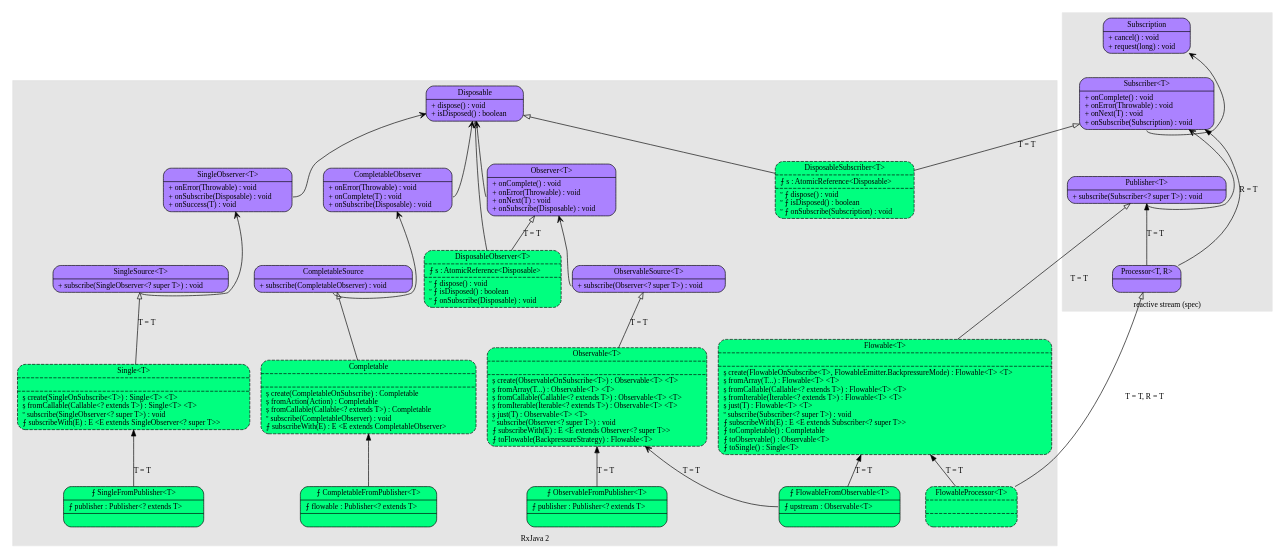
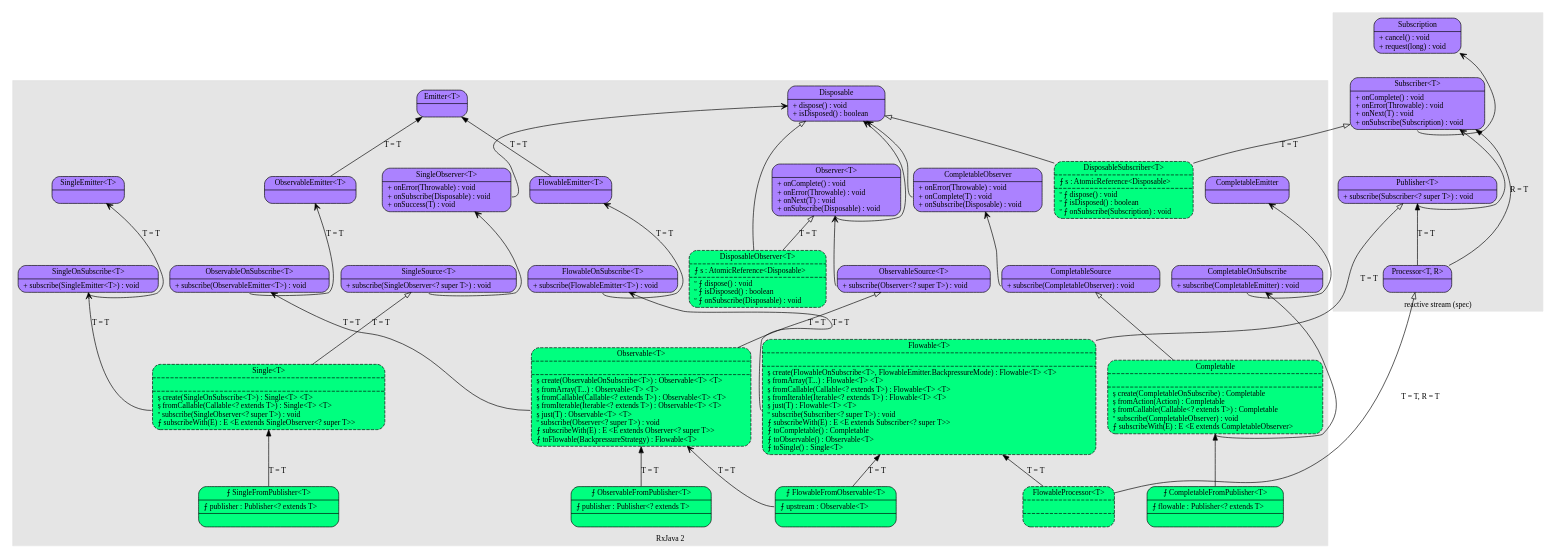
The diagram in reactive/rxjava2.dot (chris0103/spider-net), drawn with Graphviz before and after one commit.

Commit message:
Added more classes & interfaces

```diff
--- a/reactive/rxjava2.dot
+++ b/reactive/rxjava2.dot
@@ -1,97 +1,118 @@
 digraph reactive {
 	rankdir = BT;
     fontname = "Verdana";
     fontsize = 12;
     node [fontname = "Verdana", fontsize = 12, shape = "record"];
     edge [fontname = "Verdana", fontsize = 12];
     
 	subgraph cluster25 {
 		label = "reactive stream (spec)";
 		style = filled;
 		color = grey90;
 		Processor [label = "{<f0>Processor&lt;T, R&gt;|}", style = "rounded, filled", fillcolor = "mediumpurple1"];
 		Publisher [label = "{<f0>Publisher&lt;T&gt;|<f2>+ subscribe(Subscriber&lt;? super T&gt;) : void\l}", style = "rounded, filled", fillcolor = "mediumpurple1"];
 		Subscriber [label = "{<f0>Subscriber&lt;T&gt;|<f2>+ onComplete() : void\l+ onError(Throwable) : void\l+ onNext(T) : void\l+ onSubscribe(Subscription) : void\l}", style = "rounded, filled", fillcolor = "mediumpurple1"];
 		Subscription [label = "{<f0>Subscription|<f2>+ cancel() : void\l+ request(long) : void\l}", style = "rounded, filled", fillcolor = "mediumpurple1"];
 	}
 	
 	subgraph cluster75 {
 		label = "RxJava 2";
 		style = filled;
 		color = grey90;
 		Completable [label = "{<f0>Completable|<f1>|<f2>&#537; create(CompletableOnSubscribe) : Completable\l&#537; fromAction(Action) : Completable\l&#537; fromCallable(Callable&lt;? extends T&gt;) : Completable\l&#186; subscribe(CompletableObserver) : void\l&#10765; subscribeWith(E) : E &lt;E extends CompletableObserver&gt;\l}", style = "rounded, filled, dashed", fillcolor = "springgreen"];
+		CompletableEmitter [label = "{<f0>CompletableEmitter|<f2>}", style = "rounded, filled", fillcolor = "mediumpurple1"];
 		CompletableFromPublisher [label = "{<f0>&#10765; CompletableFromPublisher&lt;T&gt;|<f1>&#10765; flowable : Publisher&lt;? extends T&gt;\l|<f2>}", style = "rounded, filled", fillcolor = "springgreen"];
 		CompletableObserver [label = "{<f0>CompletableObserver|<f2>+ onError(Throwable) : void\l+ onComplete(T) : void\l+ onSubscribe(Disposable) : void\l}", style = "rounded, filled", fillcolor = "mediumpurple1"];
+		CompletableOnSubscribe [label = "{<f0>CompletableOnSubscribe|<f2>+ subscribe(CompletableEmitter) : void\l}", style = "rounded, filled", fillcolor = "mediumpurple1"];
 		CompletableSource [label = "{<f0>CompletableSource|<f2>+ subscribe(CompletableObserver) : void\l}", style = "rounded, filled", fillcolor = "mediumpurple1"];
 		Disposable [label = "{<f0>Disposable|<f2>+ dispose() : void\l+ isDisposed() : boolean\l}", style = "rounded, filled", fillcolor = "mediumpurple1"];
 		DisposableObserver [label = "{<f0>DisposableObserver&lt;T&gt;|<f1>&#10765; s : AtomicReference&lt;Disposable&gt;\l|<f2>&#186; &#10765; dispose() : void\l&#186; &#10765; isDisposed() : boolean\l&#186; &#10765; onSubscribe(Disposable) : void\l}", style = "rounded, filled, dashed", fillcolor = "springgreen"];
 		DisposableSubscriber [label = "{<f0>DisposableSubscriber&lt;T&gt;|<f1>&#10765; s : AtomicReference&lt;Disposable&gt;\l|<f2>&#186; &#10765; dispose() : void\l&#186; &#10765; isDisposed() : boolean\l&#186; &#10765; onSubscribe(Subscription) : void\l}", style = "rounded, filled, dashed", fillcolor = "springgreen"];
+		Emitter [label = "{<f0>Emitter&lt;T&gt;|<f2>}", style = "rounded, filled", fillcolor = "mediumpurple1"];
 		Flowable [label = "{<f0>Flowable&lt;T&gt;|<f1>|<f2>&#537; create(FlowableOnSubscribe&lt;T&gt;, FlowableEmitter.BackpressureMode) : Flowable&lt;T&gt; &lt;T&gt;\l&#537; fromArray(T...) : Flowable&lt;T&gt; &lt;T&gt;\l&#537; fromCallable(Callable&lt;? extends T&gt;) : Flowable&lt;T&gt; &lt;T&gt;\l&#537; fromIterable(Iterable&lt;? extends T&gt;) : Flowable&lt;T&gt; &lt;T&gt;\l&#537; just(T) : Flowable&lt;T&gt; &lt;T&gt;\l&#186; subscribe(Subscriber&lt;? super T&gt;) : void\l&#10765; subscribeWith(E) : E &lt;E extends Subscriber&lt;? super T&gt;&gt;\l&#10765; toCompletable() : Completable\l&#10765; toObservable() : Observable&lt;T&gt;\l&#10765; toSingle() : Single&lt;T&gt;\l}", style = "rounded, filled, dashed", fillcolor = "springgreen"];
+		FlowableEmitter [label = "{<f0>FlowableEmitter&lt;T&gt;|<f2>}", style = "rounded, filled", fillcolor = "mediumpurple1"];
 		FlowableFromObservables [label = "{<f0>&#10765; FlowableFromObservable&lt;T&gt;|<f1>&#10765; upstream : Observable&lt;T&gt;\l|<f2>}", style = "rounded, filled", fillcolor = "springgreen"];
+		FlowableOnSubscribe [label = "{<f0>FlowableOnSubscribe&lt;T&gt;|<f2>+ subscribe(FlowableEmitter&lt;T&gt;) : void\l}", style = "rounded, filled", fillcolor = "mediumpurple1"];
 		FlowableProcessor [label = "{<f0>FlowableProcessor&lt;T&gt;|<f1>|<f2>}", style = "rounded, filled, dashed", fillcolor = "springgreen"];
 		Observable [label = "{<f0>Observable&lt;T&gt;|<f1>|<f2>&#537; create(ObservableOnSubscribe&lt;T&gt;) : Observable&lt;T&gt; &lt;T&gt;\l&#537; fromArray(T...) : Observable&lt;T&gt; &lt;T&gt;\l&#537; fromCallable(Callable&lt;? extends T&gt;) : Observable&lt;T&gt; &lt;T&gt;\l&#537; fromIterable(Iterable&lt;? extends T&gt;) : Observable&lt;T&gt; &lt;T&gt;\l&#537; just(T) : Observable&lt;T&gt; &lt;T&gt;\l&#186; subscribe(Observer&lt;? super T&gt;) : void\l&#10765; subscribeWith(E) : E &lt;E extends Observer&lt;? super T&gt;&gt;\l&#10765; toFlowable(BackpressureStrategy) : Flowable&lt;T&gt;\l}", style = "rounded, filled, dashed", fillcolor = "springgreen"];
+		ObservableEmitter [label = "{<f0>ObservableEmitter&lt;T&gt;|<f2>}", style = "rounded, filled", fillcolor = "mediumpurple1"];
 		ObservableFromPublisher [label = "{<f0>&#10765; ObservableFromPublisher&lt;T&gt;|<f1>&#10765; publisher : Publisher&lt;? extends T&gt;\l|<f2>}", style = "rounded, filled", fillcolor = "springgreen"];
+		ObservableOnSubscribe [label = "{<f0>ObservableOnSubscribe&lt;T&gt;|<f2>+ subscribe(ObservableEmitter&lt;T&gt;) : void\l}", style = "rounded, filled", fillcolor = "mediumpurple1"];
 		ObservableSource [label = "{<f0>ObservableSource&lt;T&gt;|<f2>+ subscribe(Observer&lt;? super T&gt;) : void\l}", style = "rounded, filled", fillcolor = "mediumpurple1"];
 		Observer [label = "{<f0>Observer&lt;T&gt;|<f2>+ onComplete() : void\l+ onError(Throwable) : void\l+ onNext(T) : void\l+ onSubscribe(Disposable) : void\l}", style = "rounded, filled", fillcolor = "mediumpurple1"];
 		Single [label = "{<f0>Single&lt;T&gt;|<f1>|<f2>&#537; create(SingleOnSubscribe&lt;T&gt;) : Single&lt;T&gt; &lt;T&gt;\l&#537; fromCallable(Callable&lt;? extends T&gt;) : Single&lt;T&gt; &lt;T&gt;\l&#186; subscribe(SingleObserver&lt;? super T&gt;) : void\l&#10765; subscribeWith(E) : E &lt;E extends SingleObserver&lt;? super T&gt;&gt;\l}", style = "rounded, filled, dashed", fillcolor = "springgreen"];
+		SingleEmitter [label = "{<f0>SingleEmitter&lt;T&gt;|<f2>}", style = "rounded, filled", fillcolor = "mediumpurple1"];
 		SingleFromPublisher [label = "{<f0>&#10765; SingleFromPublisher&lt;T&gt;|<f1>&#10765; publisher : Publisher&lt;? extends T&gt;\l|<f2>}", style = "rounded, filled", fillcolor = "springgreen"];
 		SingleObserver [label = "{<f0>SingleObserver&lt;T&gt;|<f2>+ onError(Throwable) : void\l+ onSubscribe(Disposable) : void\l+ onSuccess(T) : void\l}", style = "rounded, filled", fillcolor = "mediumpurple1"];
+		SingleOnSubscribe [label = "{<f0>SingleOnSubscribe&lt;T&gt;|<f2>+ subscribe(SingleEmitter&lt;T&gt;) : void\l}", style = "rounded, filled", fillcolor = "mediumpurple1"];
 		SingleSource [label = "{<f0>SingleSource&lt;T&gt;|<f2>+ subscribe(SingleObserver&lt;? super T&gt;) : void\l}", style = "rounded, filled", fillcolor = "mediumpurple1"];
 	}
 	
 	/*
 	subgraph cluster00 {
 		label = "";
 		style = filled;
 		color = grey90;
 	}
 	
 	// item_name [label = "item_lable", style = "filled", fillcolor = "palegreen"];
 	// record_name [shape = "record", label = "{{<f0>interface|{<f10>(other implementers)}}|(other methods)}"];
 	// interface_minor [shape = "plaintext", label = "Interface_minor"];
 	// interface [label = "{<f0>Interface|<f2>+ method() : return_type\l}", style = "rounded, filled", fillcolor = "mediumpurple1"];
 	// abstract_class [label = "{<f0>Abstract_Class|<f1>+ field1 : type\l+ field2 : type\l|<f2>&#170; abstract_method() : return_type\l&#537; static_method() : return_type\l+ method() : return_type\l}", style = "rounded, filled, dashed", fillcolor = "springgreen"];
 	// class [label = "{<f0>Class|<f1>+ field1 : type\l+ field2 : type\l&#10765; final_field : type\l&#537; static_field : type\l|<f2>+ method() : return_type\l&#537; static_method() : return_type\l&#186; overriden_method() : return_type\l}", style = "rounded, filled", fillcolor = "springgreen"];
 	*/
 	
 	// Implementation -> Interface [arrowhead = "empty"];
 	// Subclass -> Class;	
 	// Referer -> Referee [arrowhead = "vee"];
 	// Implementation -> InterfaceMinor [arrowhead = "odot"];	
 	
 	Processor -> Publisher [label = "T = T"];
 	Processor -> Subscriber [label = "R = T"];
 	Publisher:f2 -> Subscriber [arrowhead = "vee"];
 	Subscriber:f2 -> Subscription [arrowhead = "vee"];
 	
 	Flowable -> Publisher [arrowhead = "empty", label = "T = T"];
 	FlowableProcessor -> Flowable [label = "T = T"];
 	FlowableProcessor -> Processor [arrowhead = "empty", label = "T = T, R = T"];
 	
 	FlowableFromObservables -> Flowable [label = "T = T"];
 	FlowableFromObservables:f1 -> Observable [arrowhead = "vee", label = "T = T"];
 	
 	// observable
 	ObservableSource:f2 -> Observer [arrowhead = "vee"];
 	Observer:f2 -> Disposable [arrowhead = "vee"];
 	Observable -> ObservableSource [arrowhead = "empty", label = "T = T"];
 	ObservableFromPublisher -> Observable [label = "T = T"];
 	
 	// single
 	SingleSource:f2 -> SingleObserver [arrowhead = "vee"];
 	SingleObserver:f2 -> Disposable [arrowhead = "vee"];
 	Single -> SingleSource [arrowhead = "empty", label = "T = T"];
 	SingleFromPublisher -> Single [label = "T = T"];
 	
 	// completable
 	CompletableSource:f2 -> CompletableObserver [arrowhead = "vee"];
 	CompletableObserver:f2 -> Disposable [arrowhead = "vee"];
 	Completable -> CompletableSource [arrowhead = "empty"];
 	CompletableFromPublisher -> Completable;
 	
+	// subscriber
+	Flowable:f2 -> FlowableOnSubscribe [arrowhead = "vee", label = "T = T"];
+	FlowableOnSubscribe:f2 -> FlowableEmitter [arrowhead = "vee", label = "T = T"];
+	FlowableEmitter -> Emitter [label = "T = T"];
+	Observable:f2 -> ObservableOnSubscribe [arrowhead = "vee", label = "T = T"];
+	ObservableOnSubscribe:f2 -> ObservableEmitter [arrowhead = "vee", label = "T = T"];
+	ObservableEmitter -> Emitter [label = "T = T"];
+	Completable:f2 -> CompletableOnSubscribe [arrowhead = "vee"];
+	CompletableOnSubscribe:f2 -> CompletableEmitter [arrowhead = "vee"];
+	Single:f2 -> SingleOnSubscribe [arrowhead = "vee", label = "T = T"];
+	SingleOnSubscribe:f2 -> SingleEmitter [arrowhead = "vee", label = "T = T"];
+	
 	// disposables
 	DisposableObserver -> Observer [arrowhead = "empty", label = "T = T"];
 	DisposableObserver -> Disposable [arrowhead = "empty"];
 	DisposableSubscriber -> Subscriber [arrowhead = "empty", label = "T = T"];
 	DisposableSubscriber -> Disposable [arrowhead = "empty"];
 }
```
